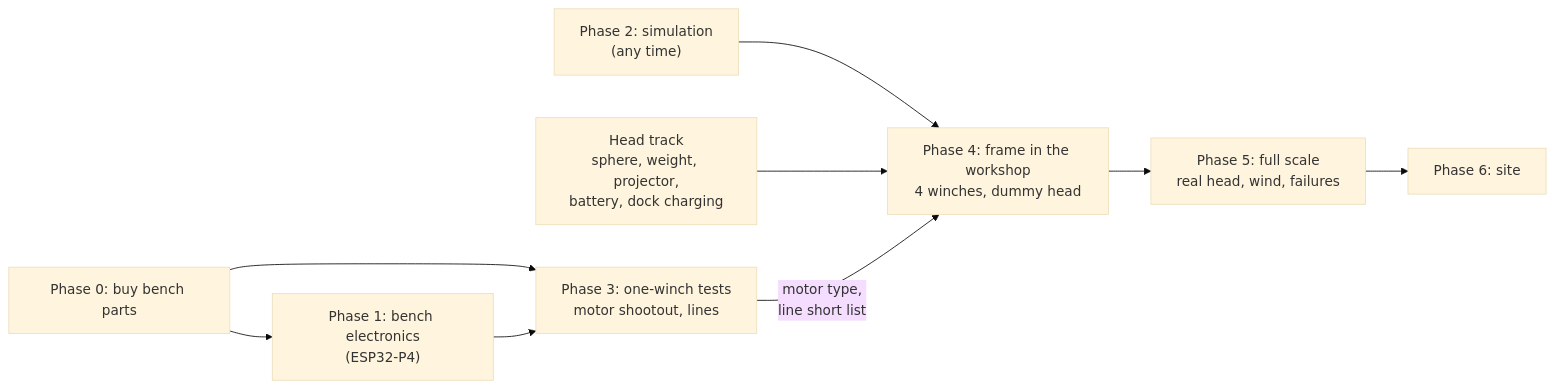
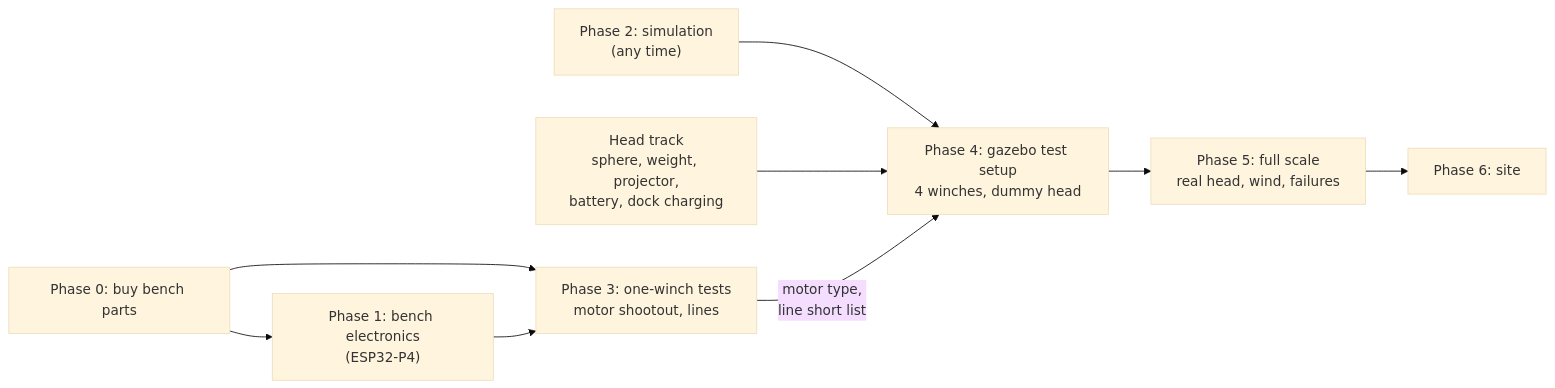
The third of 3 diagrams in docs/plan.md (ncory/FlyingLeota), drawn with Mermaid (base theme) before and after one commit. The commit also changed other lines of this file and 1 other file, not shown here.

First line of the commit message:
Re-size the plan for the gazebo and a 14 in ball

````diff
--- a/docs/plan.md
+++ b/docs/plan.md
@@ -769,10 +801,10 @@
 ```mermaid
 flowchart LR
   P0["Phase 0: buy bench parts"] --> P1["Phase 1: bench electronics<br/>(ESP32-P4)"]
   P0 --> P3["Phase 3: one-winch tests<br/>motor shootout, lines"]
   P1 --> P3
   P2["Phase 2: simulation<br/>(any time)"] --> P4
   H["Head track<br/>sphere, weight, projector,<br/>battery, dock charging"] --> P4
-  P3 -->|"motor type,<br/>line short list"| P4["Phase 4: frame in the workshop<br/>4 winches, dummy head"]
+  P3 -->|"motor type,<br/>line short list"| P4["Phase 4: gazebo test setup<br/>4 winches, dummy head"]
   P4 --> P5["Phase 5: full scale<br/>real head, wind, failures"] --> P6["Phase 6: site"]
 ```
````
